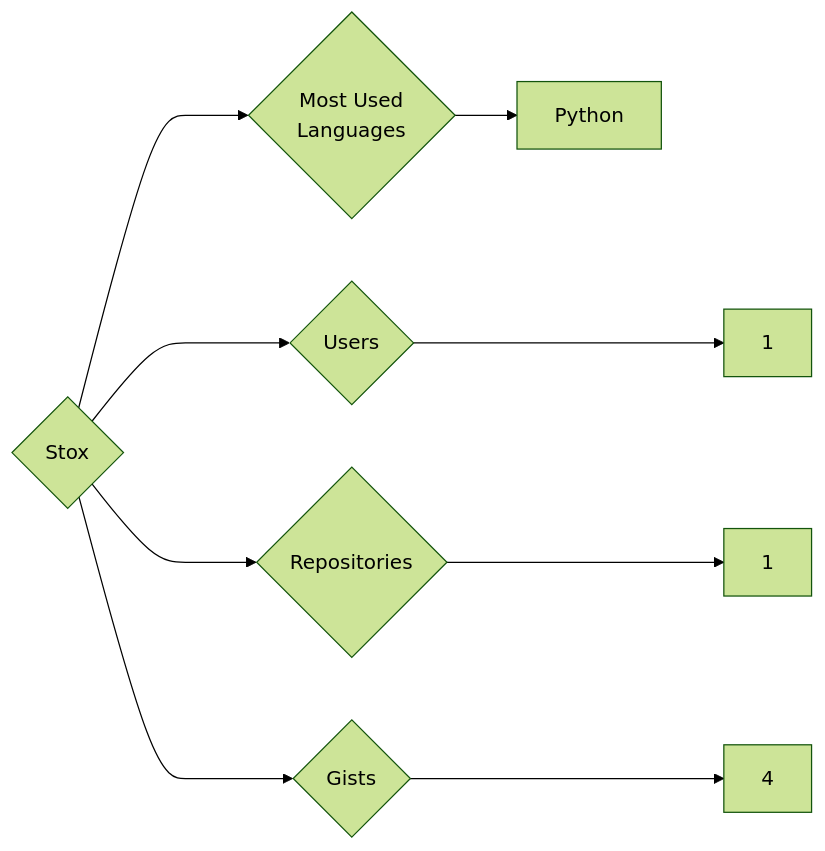
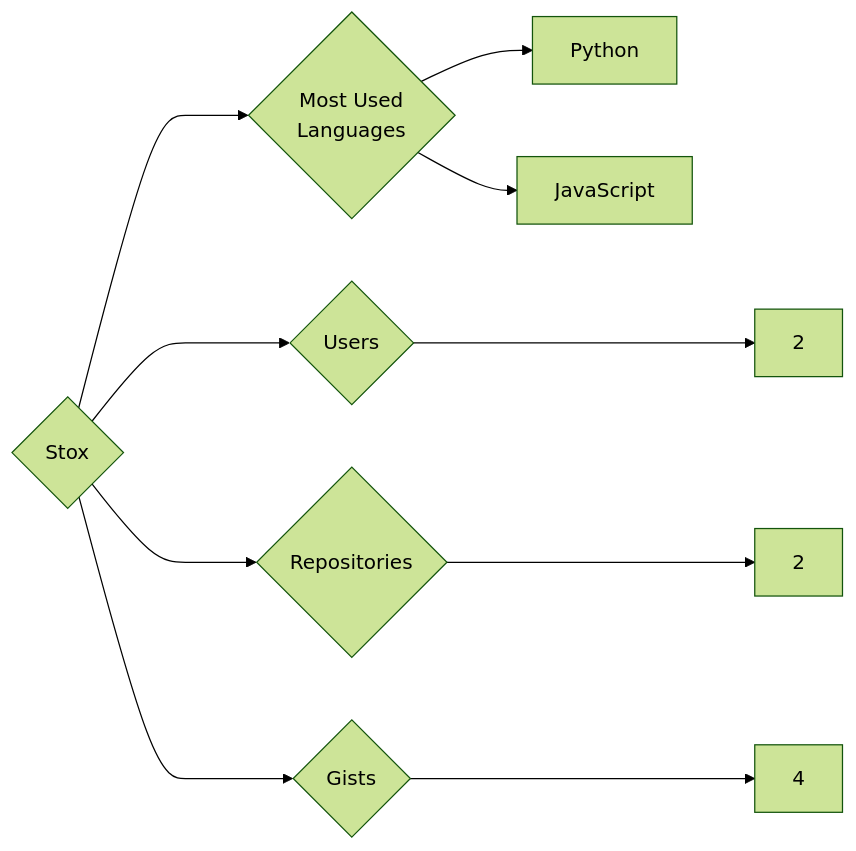
The diagram in targets/Stox/README.md (trickest/insiders), drawn with Mermaid (forest theme) before and after one commit. The commit also changed 839 other files, not shown here.

````diff
--- a/targets/Stox/README.md
+++ b/targets/Stox/README.md
@@ -3,9 +3,10 @@
 ```mermaid
 graph LR
 COMPANY_NAME{Stox}
-COMPANY_NAME ---> U{Users} ---> UN[1]
-COMPANY_NAME ---> R{Repositories} ---> RN[1]
+COMPANY_NAME ---> U{Users} ---> UN[2]
+COMPANY_NAME ---> R{Repositories} ---> RN[2]
 COMPANY_NAME ---> G{Gists} ---> GN[4]
 COMPANY_NAME ---> ML{Most Used<br>Languages}
 ML --> Python[Python]
+ML --> JavaScript[JavaScript]
 ```
````
